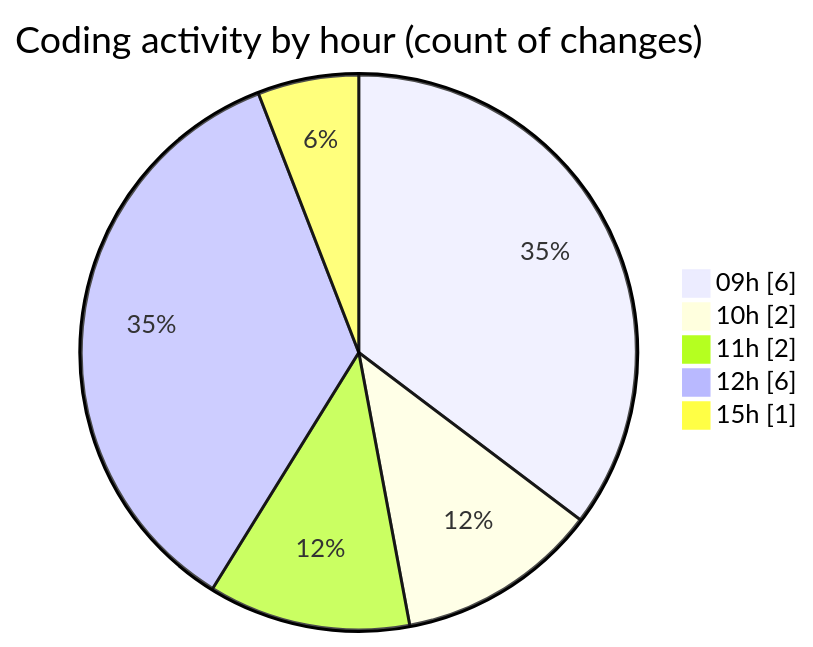
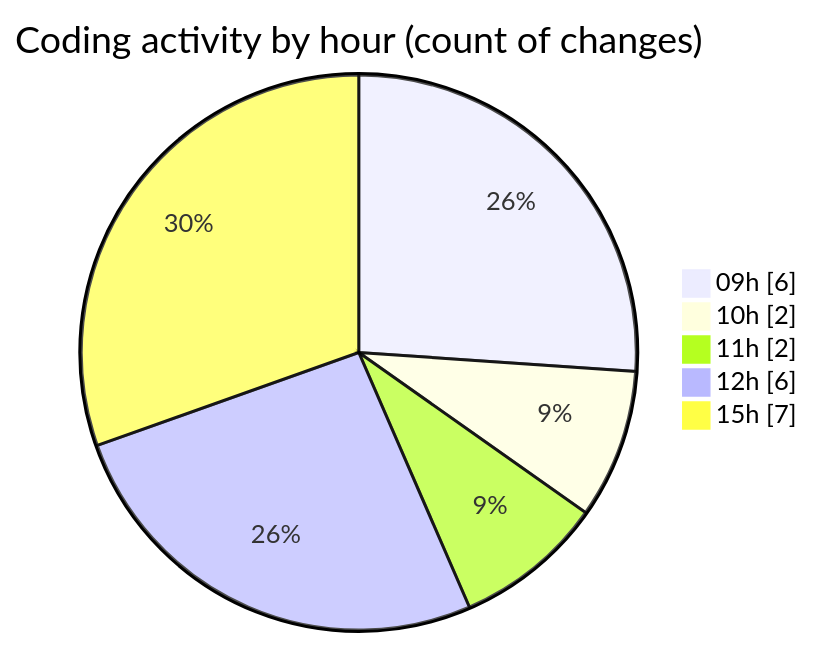
Before and after one commit to ricardozamudiocil/code-tracking: the second of 2 diagrams in 2026-07-07/cilreports__workspace_/README.md, drawn with Mermaid. The commit also changed other lines of this file and 1 other file, not shown here.

````diff
--- a/2026-07-07/cilreports__workspace_/README.md
+++ b/2026-07-07/cilreports__workspace_/README.md
@@ -36,9 +40,9 @@
 ```mermaid
 pie showData
 title Coding activity by hour (count of changes)
 "09h" : 6
 "10h" : 2
 "11h" : 2
 "12h" : 6
-"15h" : 1
+"15h" : 7
 ```
````
